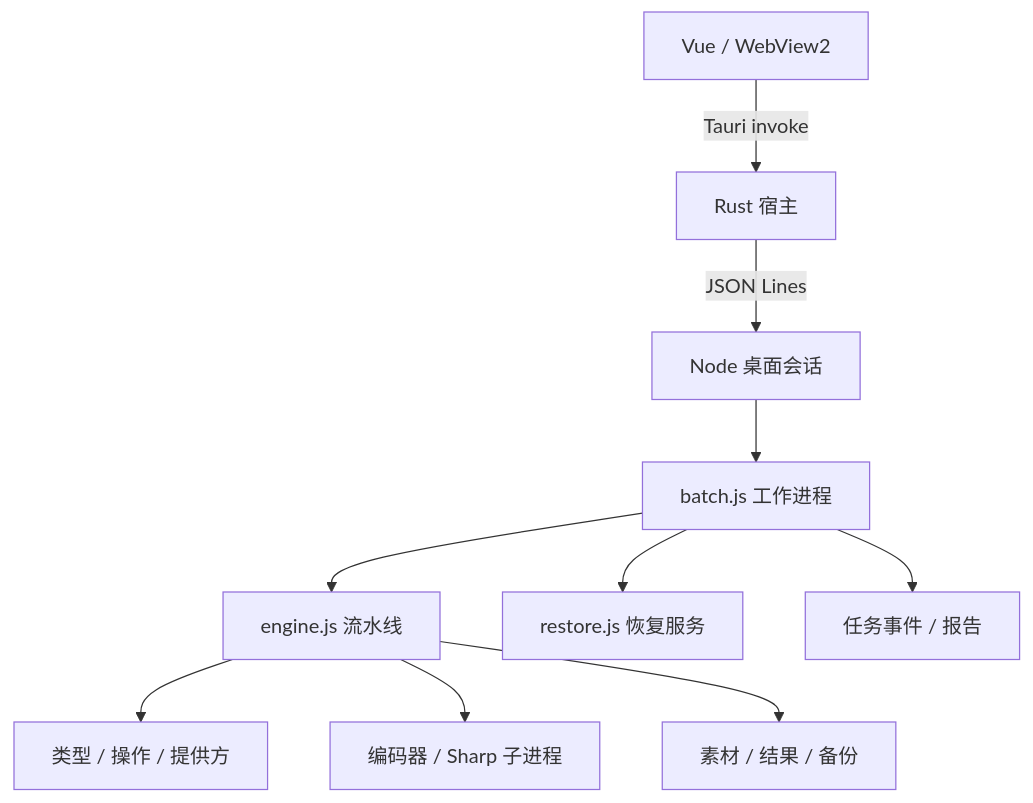
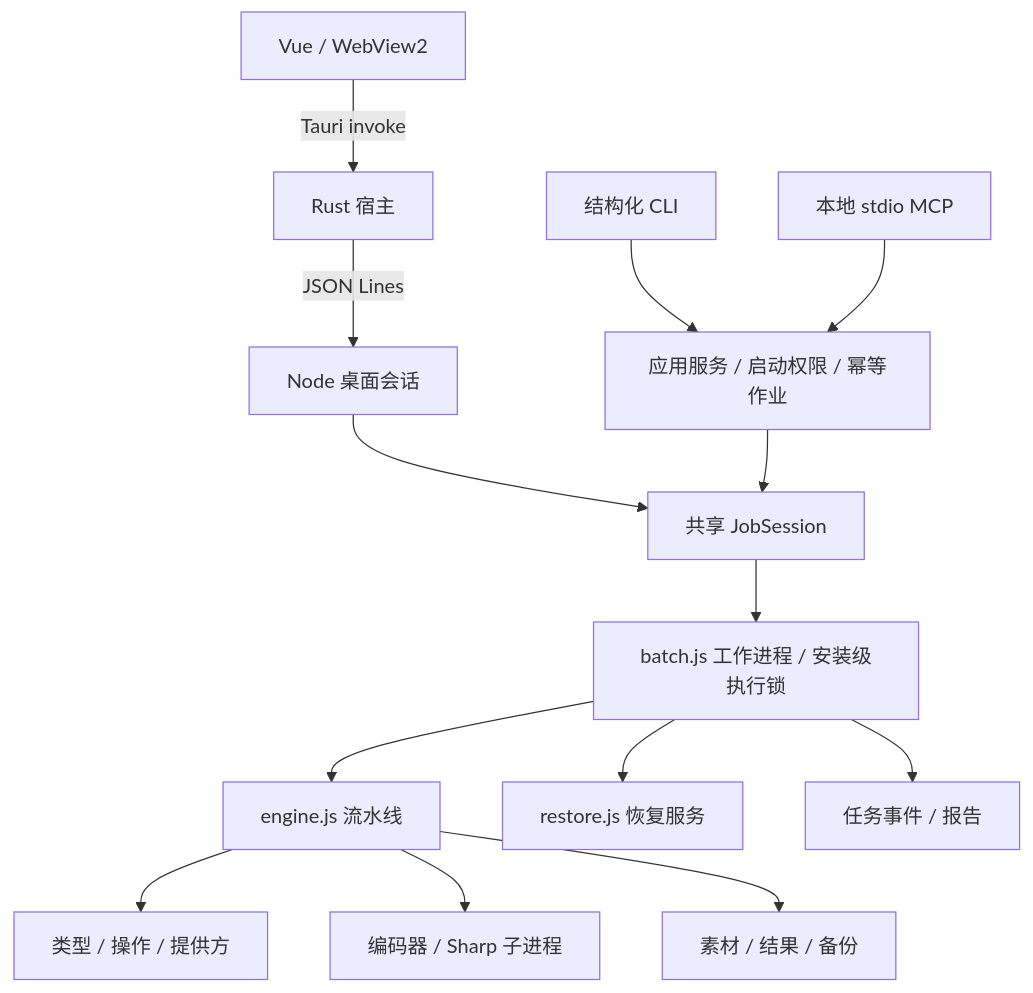
Before and after one commit to ISQIShI/AssetToolbox: the diagram in docs/architecture/overview.md, drawn with Mermaid. The commit also changed other lines of this file and 35 other files, not shown here.

Commit message:
feat(agent): 接入结构化 CLI 与本地 MCP

````diff
--- a/docs/architecture/overview.md
+++ b/docs/architecture/overview.md
@@ -7,12 +7,16 @@
 ```mermaid
 flowchart TD
     UI[Vue / WebView2] -->|Tauri invoke| Host[Rust 宿主]
     Host -->|JSON Lines| Bridge[Node 桌面会话]
-    Bridge --> Worker[batch.js 工作进程]
+    CLI[结构化 CLI] --> Application[应用服务 / 启动权限 / 幂等作业]
+    MCP[本地 stdio MCP] --> Application
+    Bridge --> Session[共享 JobSession]
+    Application --> Session
+    Session --> Worker[batch.js 工作进程 / 安装级执行锁]
     Worker --> Engine[engine.js 流水线]
     Engine --> Catalog[类型 / 操作 / 提供方]
     Engine --> Tool[编码器 / Sharp 子进程]
     Worker --> Restore[restore.js 恢复服务]
     Worker --> Data[任务事件 / 报告]
     Engine --> Files[素材 / 结果 / 备份]
 ```
````
